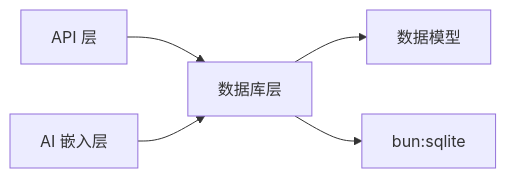
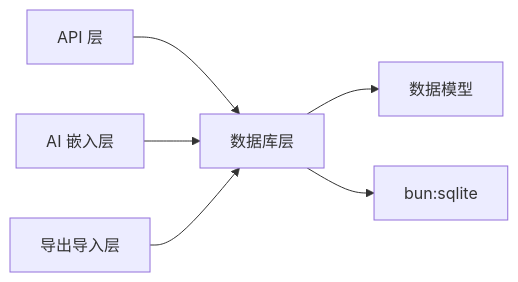
One commit to BlackBoxRecorder/memos changed the eighth of 8 diagrams in .qoder/repowiki/zh/content/数据库设计.md. Above: the diagram before and after it, drawn with Mermaid. The commit also changed other lines of this file and 10 other files, not shown here.

````diff
--- a/.qoder/repowiki/zh/content/数据库设计.md
+++ b/.qoder/repowiki/zh/content/数据库设计.md
@@ -313,7 +401,8 @@
 ```mermaid
 graph LR
 API["API 层"] --> DB["数据库层"]
 AI["AI 嵌入层"] --> DB
+EXPORT["导出导入层"] --> DB
 DB --> MODELS["数据模型"]
 DB --> Bun["bun:sqlite"]
 ```
````
